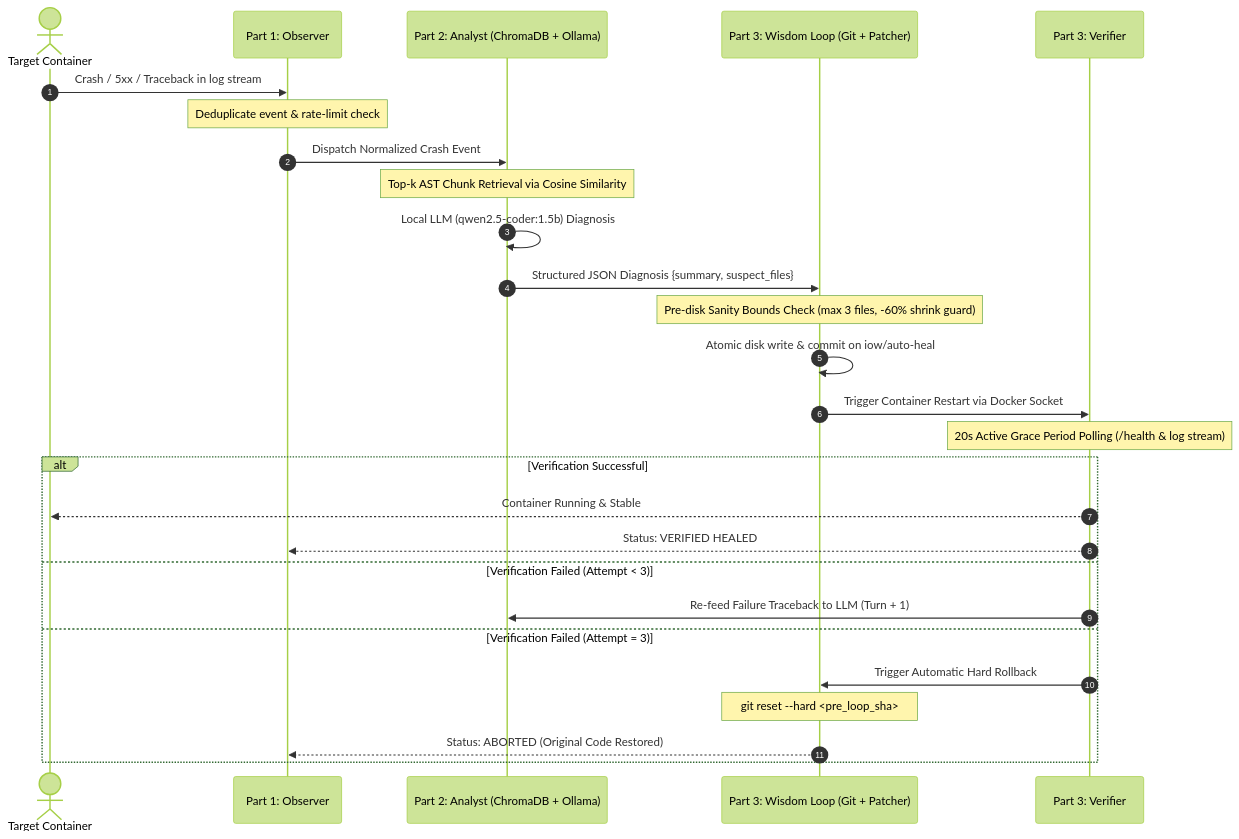
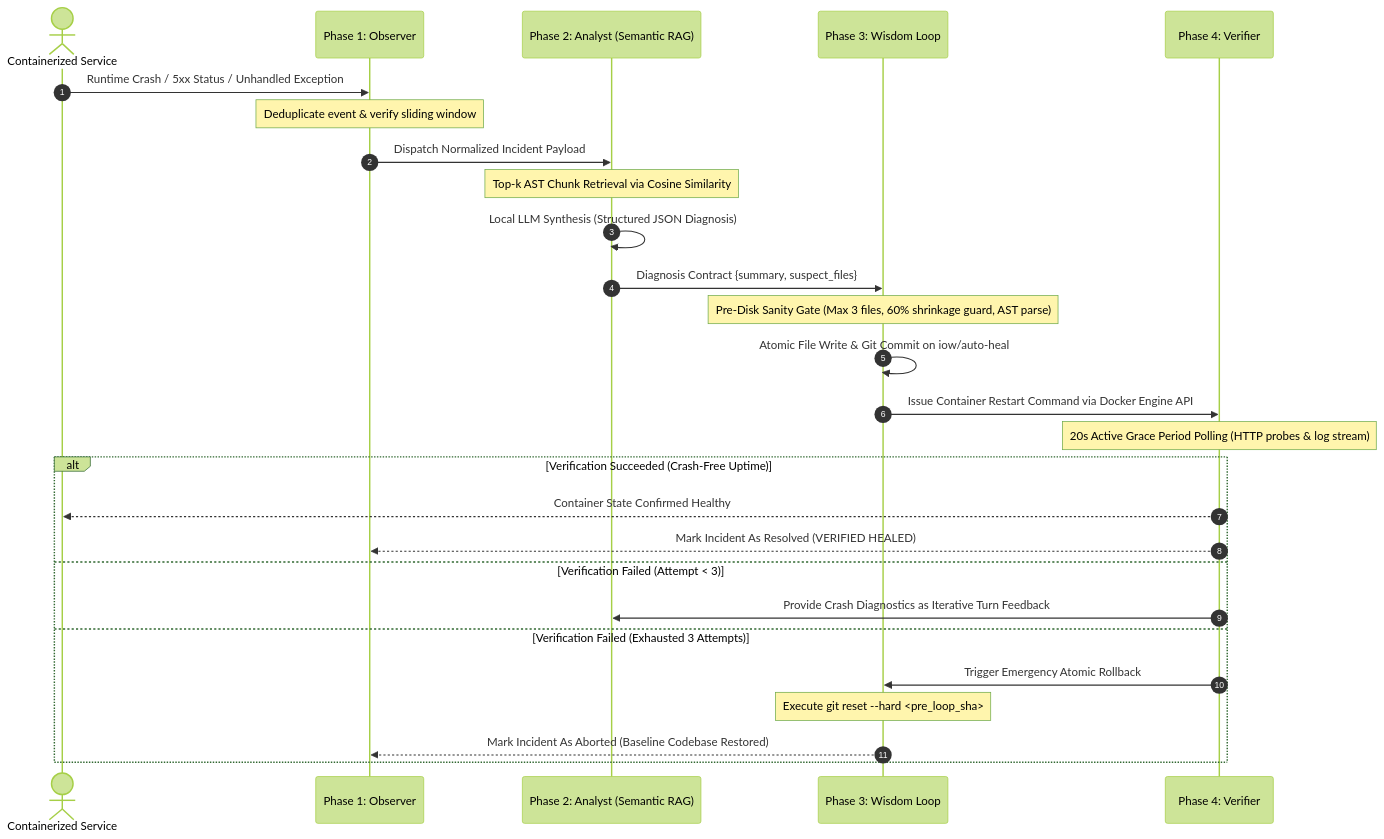
One commit to andrijajovanovic98/inception-of-wisdom changed the first of 2 diagrams in README.md. Above: the diagram before and after it, drawn with Mermaid (forest theme). The commit also changed other lines of this file and 3 other files, not shown here.

````diff
--- a/README.md
+++ b/README.md
@@ -56,30 +55,30 @@
 ```mermaid
 sequenceDiagram
     autonumber
-    actor Target as Target Container
-    participant Obs as Part 1: Observer
-    participant Ana as Part 2: Analyst (ChromaDB + Ollama)
-    participant Wis as Part 3: Wisdom Loop (Git + Patcher)
-    participant Ver as Part 3: Verifier
+    actor Target as Containerized Service
+    participant Obs as Phase 1: Observer
+    participant Ana as Phase 2: Analyst (Semantic RAG)
+    participant Wis as Phase 3: Wisdom Loop
+    participant Ver as Phase 4: Verifier
     
-    Target->>Obs: Crash / 5xx / Traceback in log stream
-    Note over Obs: Deduplicate event & rate-limit check
-    Obs->>Ana: Dispatch Normalized Crash Event
+    Target->>Obs: Runtime Crash / 5xx Status / Unhandled Exception
+    Note over Obs: Deduplicate event & verify sliding window
+    Obs->>Ana: Dispatch Normalized Incident Payload
     Note over Ana: Top-k AST Chunk Retrieval via Cosine Similarity
-    Ana->>Ana: Local LLM (qwen2.5-coder:1.5b) Diagnosis
-    Ana->>Wis: Structured JSON Diagnosis {summary, suspect_files}
-    Note over Wis: Pre-disk Sanity Bounds Check (max 3 files, -60% shrink guard)
-    Wis->>Wis: Atomic disk write & commit on iow/auto-heal
-    Wis->>Ver: Trigger Container Restart via Docker Socket
-    Note over Ver: 20s Active Grace Period Polling (/health & log stream)
-    alt Verification Successful
-        Ver-->>Target: Container Running & Stable
-        Ver-->>Obs: Status: VERIFIED HEALED
+    Ana->>Ana: Local LLM Synthesis (Structured JSON Diagnosis)
+    Ana->>Wis: Diagnosis Contract {summary, suspect_files}
+    Note over Wis: Pre-Disk Sanity Gate (Max 3 files, 60% shrinkage guard, AST parse)
+    Wis->>Wis: Atomic File Write & Git Commit on iow/auto-heal
+    Wis->>Ver: Issue Container Restart Command via Docker Engine API
+    Note over Ver: 20s Active Grace Period Polling (HTTP probes & log stream)
+    alt Verification Succeeded (Crash-Free Uptime)
+        Ver-->>Target: Container State Confirmed Healthy
+        Ver-->>Obs: Mark Incident As Resolved (VERIFIED HEALED)
     else Verification Failed (Attempt < 3)
-        Ver->>Ana: Re-feed Failure Traceback to LLM (Turn + 1)
-    else Verification Failed (Attempt = 3)
-        Ver->>Wis: Trigger Automatic Hard Rollback
-        Note over Wis: git reset --hard <pre_loop_sha>
-        Wis-->>Obs: Status: ABORTED (Original Code Restored)
+        Ver->>Ana: Provide Crash Diagnostics as Iterative Turn Feedback
+    else Verification Failed (Exhausted 3 Attempts)
+        Ver->>Wis: Trigger Emergency Atomic Rollback
+        Note over Wis: Execute git reset --hard <pre_loop_sha>
+        Wis-->>Obs: Mark Incident As Aborted (Baseline Codebase Restored)
     end
 ```
````
